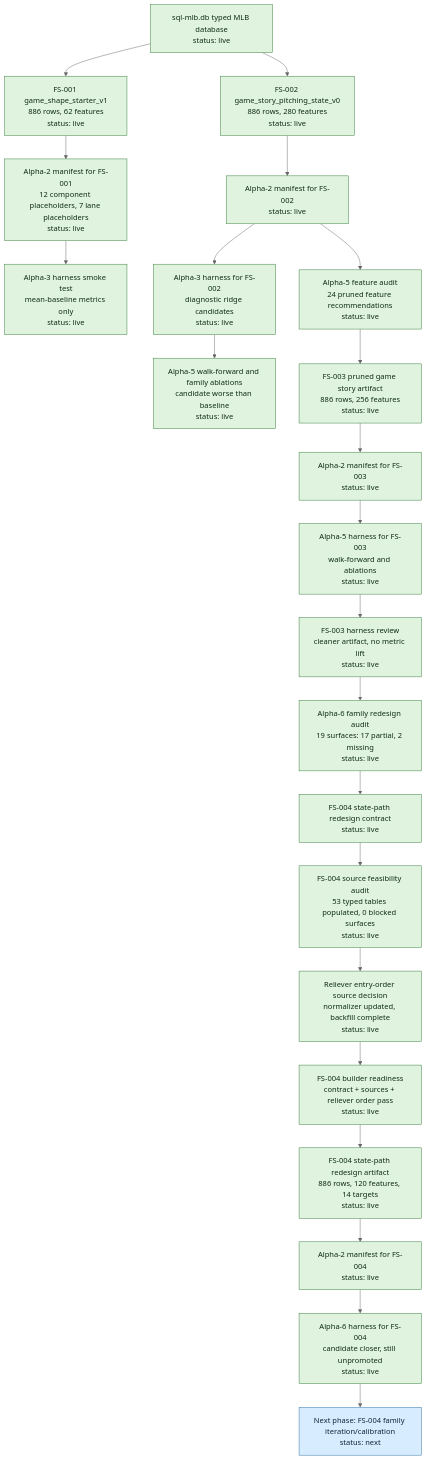
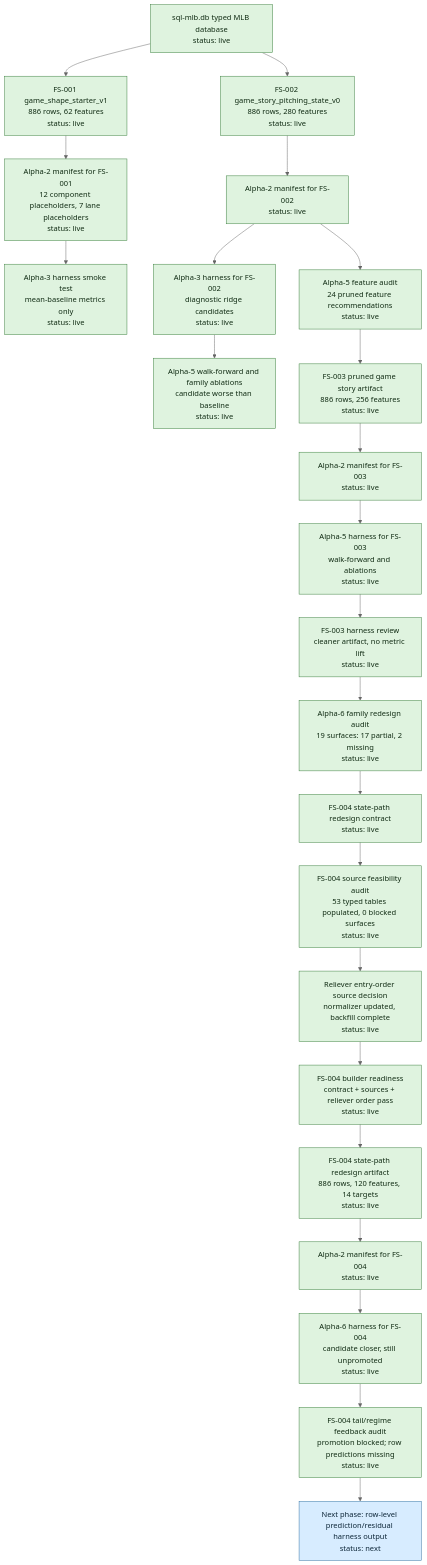
The first of 4 diagrams in run-plans/mlb/2026-06-03-mlb-m3-alpha-state-progress.md (jiancchen/SlateAi), drawn with Mermaid (neutral theme) before and after one commit. The commit also changed other lines of this file and 13 other files, not shown here.

First line of the commit message:
Add FS-004 tail regime audit

````diff
--- a/run-plans/mlb/2026-06-03-mlb-m3-alpha-state-progress.md
+++ b/run-plans/mlb/2026-06-03-mlb-m3-alpha-state-progress.md
@@ -51,35 +52,36 @@
 ```mermaid
 flowchart TD
   SQL["sql-mlb.db typed MLB database<br/>status: live"] --> FS001["FS-001 game_shape_starter_v1<br/>886 rows, 62 features<br/>status: live"]
   SQL --> FS002["FS-002 game_story_pitching_state_v0<br/>886 rows, 280 features<br/>status: live"]
 
   FS001 --> M001["Alpha-2 manifest for FS-001<br/>12 component placeholders, 7 lane placeholders<br/>status: live"]
   M001 --> H001["Alpha-3 harness smoke test<br/>mean-baseline metrics only<br/>status: live"]
 
   FS002 --> M002["Alpha-2 manifest for FS-002<br/>status: live"]
   M002 --> H002["Alpha-3 harness for FS-002<br/>diagnostic ridge candidates<br/>status: live"]
   M002 --> A002["Alpha-5 feature audit<br/>24 pruned feature recommendations<br/>status: live"]
   H002 --> WF002["Alpha-5 walk-forward and family ablations<br/>candidate worse than baseline<br/>status: live"]
 
   A002 --> FS003["FS-003 pruned game story artifact<br/>886 rows, 256 features<br/>status: live"]
   FS003 --> M003["Alpha-2 manifest for FS-003<br/>status: live"]
   M003 --> H003["Alpha-5 harness for FS-003<br/>walk-forward and ablations<br/>status: live"]
   H003 --> R003["FS-003 harness review<br/>cleaner artifact, no metric lift<br/>status: live"]
 
   R003 --> A6["Alpha-6 family redesign audit<br/>19 surfaces: 17 partial, 2 missing<br/>status: live"]
   A6 --> C004["FS-004 state-path redesign contract<br/>status: live"]
   C004 --> S004["FS-004 source feasibility audit<br/>53 typed tables populated, 0 blocked surfaces<br/>status: live"]
   S004 --> D004["Reliever entry-order source decision<br/>normalizer updated, backfill complete<br/>status: live"]
   D004 --> BR004["FS-004 builder readiness<br/>contract + sources + reliever order pass<br/>status: live"]
   BR004 --> FS004["FS-004 state-path redesign artifact<br/>886 rows, 120 features, 14 targets<br/>status: live"]
   FS004 --> M004["Alpha-2 manifest for FS-004<br/>status: live"]
   M004 --> H004["Alpha-6 harness for FS-004<br/>candidate closer, still unpromoted<br/>status: live"]
-  H004 --> NEXT["Next phase: FS-004 family iteration/calibration<br/>status: next"]
+  H004 --> TC004["FS-004 tail/regime feedback audit<br/>promotion blocked; row predictions missing<br/>status: live"]
+  TC004 --> NEXT["Next phase: row-level prediction/residual harness output<br/>status: next"]
 
   classDef live fill:#dff3df,stroke:#367c39,color:#102b13;
   classDef partial fill:#fff2c2,stroke:#927000,color:#332800;
   classDef next fill:#d7ecff,stroke:#2f6f9f,color:#0d2638;
 
-  class SQL,FS001,FS002,M001,H001,M002,H002,A002,WF002,FS003,M003,H003,R003,A6,C004,S004,D004,BR004,FS004,M004,H004 live;
+  class SQL,FS001,FS002,M001,H001,M002,H002,A002,WF002,FS003,M003,H003,R003,A6,C004,S004,D004,BR004,FS004,M004,H004,TC004 live;
   class NEXT next;
 ```
````
